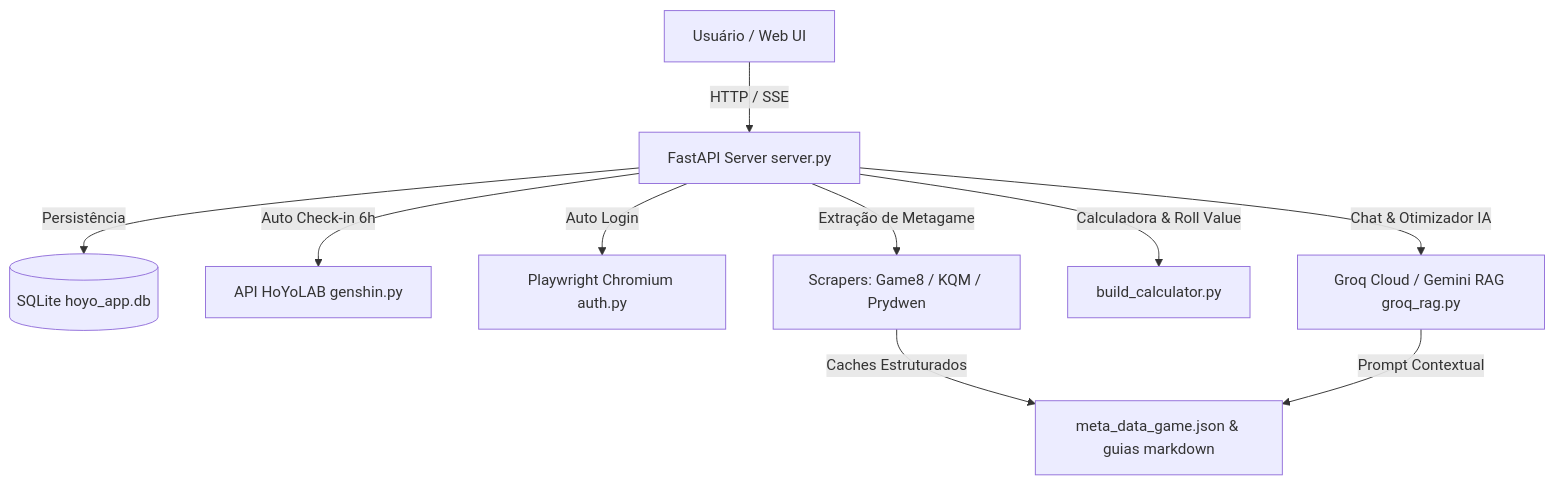
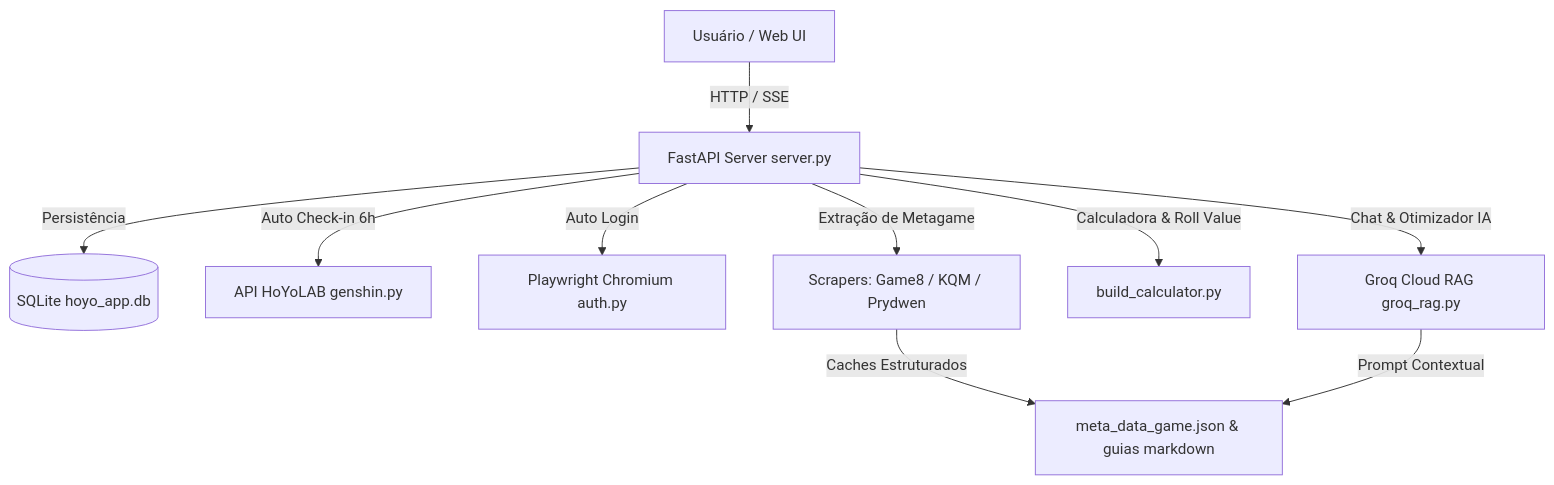
One commit to Lacas0010/Cabeca_de_Droid changed the diagram in README.md. Above: the diagram before and after it, drawn with Mermaid. The commit also changed other lines of this file and 3 other files, not shown here.

````diff
--- a/README.md
+++ b/README.md
@@ -36,12 +37,12 @@
 ```mermaid
 graph TD
     A[Usuário / Web UI] -->|HTTP / SSE| B[FastAPI Server server.py]
     B -->|Persistência| C[(SQLite hoyo_app.db)]
     B -->|Auto Check-in 6h| D[API HoYoLAB genshin.py]
     B -->|Auto Login| E[Playwright Chromium auth.py]
     B -->|Extração de Metagame| F[Scrapers: Game8 / KQM / Prydwen]
     B -->|Calculadora & Roll Value| G[build_calculator.py]
-    B -->|Chat & Otimizador IA| H[Groq Cloud / Gemini RAG groq_rag.py]
+    B -->|Chat & Otimizador IA| H[Groq Cloud RAG groq_rag.py]
     F -->|Caches Estruturados| I[meta_data_game.json & guias markdown]
     H -->|Prompt Contextual| I
 ```
````
